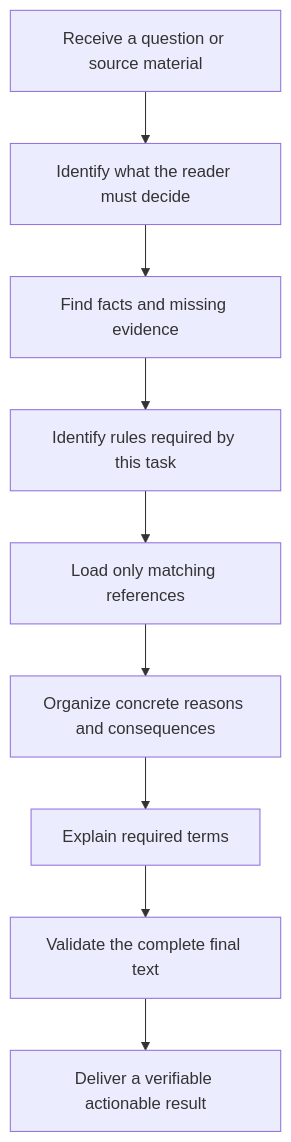
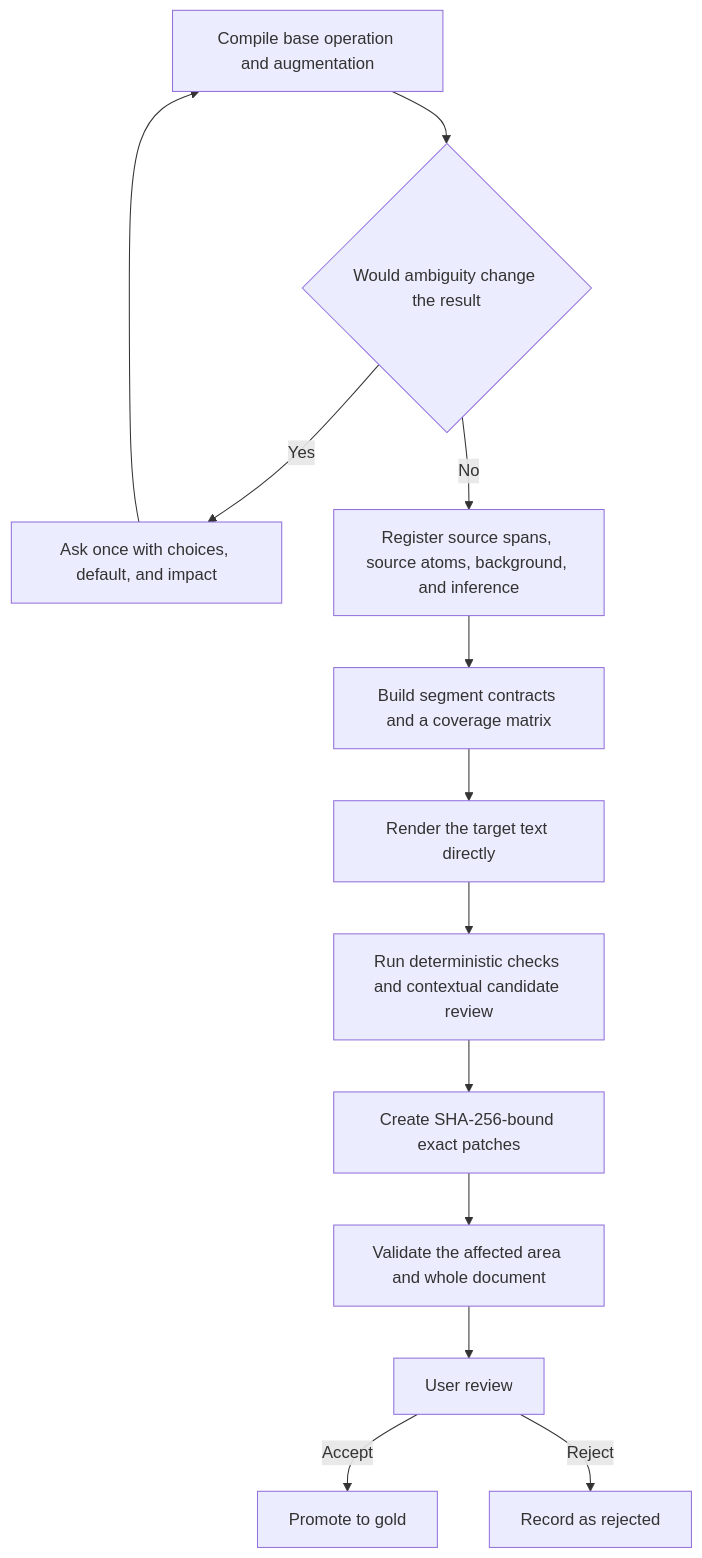
Before and after one commit to AIALRA-0/agent-human-readable-technical-writing: the diagram in README.en.md, drawn with Mermaid. The commit also changed other lines of this file and 82 other files, not shown here.

````diff
--- a/README.en.md
+++ b/README.en.md
@@ -266,12 +33,15 @@
 ```mermaid
-%% Show the complete route from source material to a verifiable and actionable result
 flowchart TD
-    A[Receive a question or source material] --> B[Identify what the reader must decide]
-    B --> C[Find facts and missing evidence]
-    C --> D[Identify rules required by this task]
-    D --> E[Load only matching references]
-    E --> F[Organize concrete reasons and consequences]
-    F --> G[Explain required terms]
-    G --> H[Validate the complete final text]
-    H --> I[Deliver a verifiable actionable result]
+    A[Compile base operation and augmentation] --> B{Would ambiguity change the result}
+    B -->|Yes| C[Ask once with choices, default, and impact]
+    C --> A
+    B -->|No| D[Register source spans, source atoms, background, and inference]
+    D --> E[Build segment contracts and a coverage matrix]
+    E --> F[Render the target text directly]
+    F --> G[Run deterministic checks and contextual candidate review]
+    G --> H[Create SHA-256-bound exact patches]
+    H --> I[Validate the affected area and whole document]
+    I --> J[User review]
+    J -->|Accept| K[Promote to gold]
+    J -->|Reject| L[Record as rejected]
 ```
````
